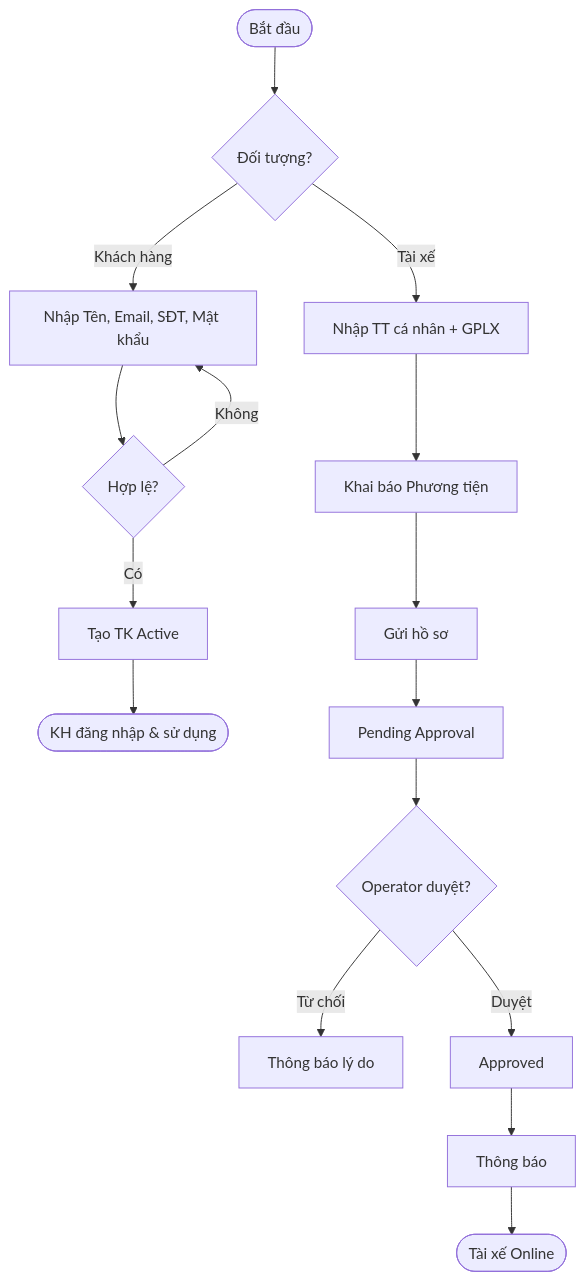
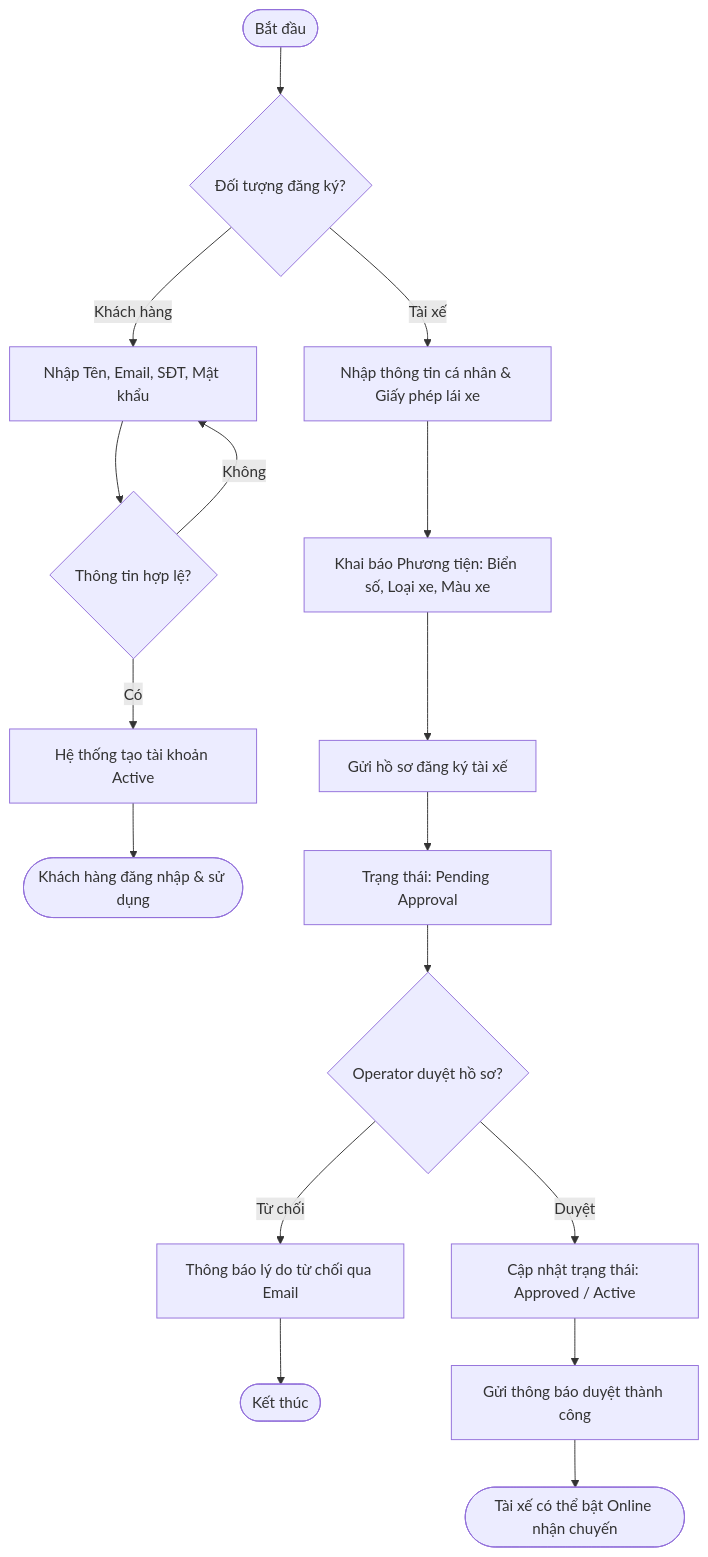
One commit to toru12030-netizen/23732061_MaiQuocHung_CabSystem changed the seventh of 16 diagrams in srs.md. Above: the diagram before and after it, drawn with Mermaid. The commit also changed other lines of this file and 1 other file, not shown here.

Commit message:
Cập nhật nội dung srs

````diff
--- a/srs.md
+++ b/srs.md
@@ -431,18 +734,23 @@
 ```mermaid
 flowchart TD
-    Start([Bắt đầu]) --> Choice{Đối tượng?}
+    Start([Bắt đầu]) --> Choice{Đối tượng đăng ký?}
+    
     Choice -- Khách hàng --> RegCust[Nhập Tên, Email, SĐT, Mật khẩu]
-    RegCust --> ValidCust{Hợp lệ?}
+    RegCust --> ValidCust{Thông tin hợp lệ?}
     ValidCust -- Không --> RegCust
-    ValidCust -- Có --> CreateCust[Tạo TK Active]
-    CreateCust --> EndCust([KH đăng nhập & sử dụng])
-    Choice -- Tài xế --> RegDrv[Nhập TT cá nhân + GPLX]
-    RegDrv --> RegVeh[Khai báo Phương tiện]
-    RegVeh --> SubmitDrv[Gửi hồ sơ]
-    SubmitDrv --> Pending[Pending Approval]
-    Pending --> OpReview{Operator duyệt?}
-    OpReview -- Từ chối --> RejectDrv[Thông báo lý do]
-    OpReview -- Duyệt --> ApproveDrv[Approved]
-    ApproveDrv --> NotifyDrv[Thông báo]
-    NotifyDrv --> EndDrv([Tài xế Online])
+    ValidCust -- Có --> CreateCust[Hệ thống tạo tài khoản Active]
+    CreateCust --> EndCust([Khách hàng đăng nhập & sử dụng])
+
+    Choice -- Tài xế --> RegDrv[Nhập thông tin cá nhân & Giấy phép lái xe]
+    RegDrv --> RegVeh[Khai báo Phương tiện: Biển số, Loại xe, Màu xe]
+    RegVeh --> SubmitDrv[Gửi hồ sơ đăng ký tài xế]
+    SubmitDrv --> Pending[Trạng thái: Pending Approval]
+    
+    Pending --> OpReview{Operator duyệt hồ sơ?}
+    OpReview -- Từ chối --> RejectDrv[Thông báo lý do từ chối qua Email]
+    RejectDrv --> EndReject([Kết thúc])
+    
+    OpReview -- Duyệt --> ApproveDrv[Cập nhật trạng thái: Approved / Active]
+    ApproveDrv --> NotifyDrv[Gửi thông báo duyệt thành công]
+    NotifyDrv --> EndDrv([Tài xế có thể bật Online nhận chuyến])
 ```
````
